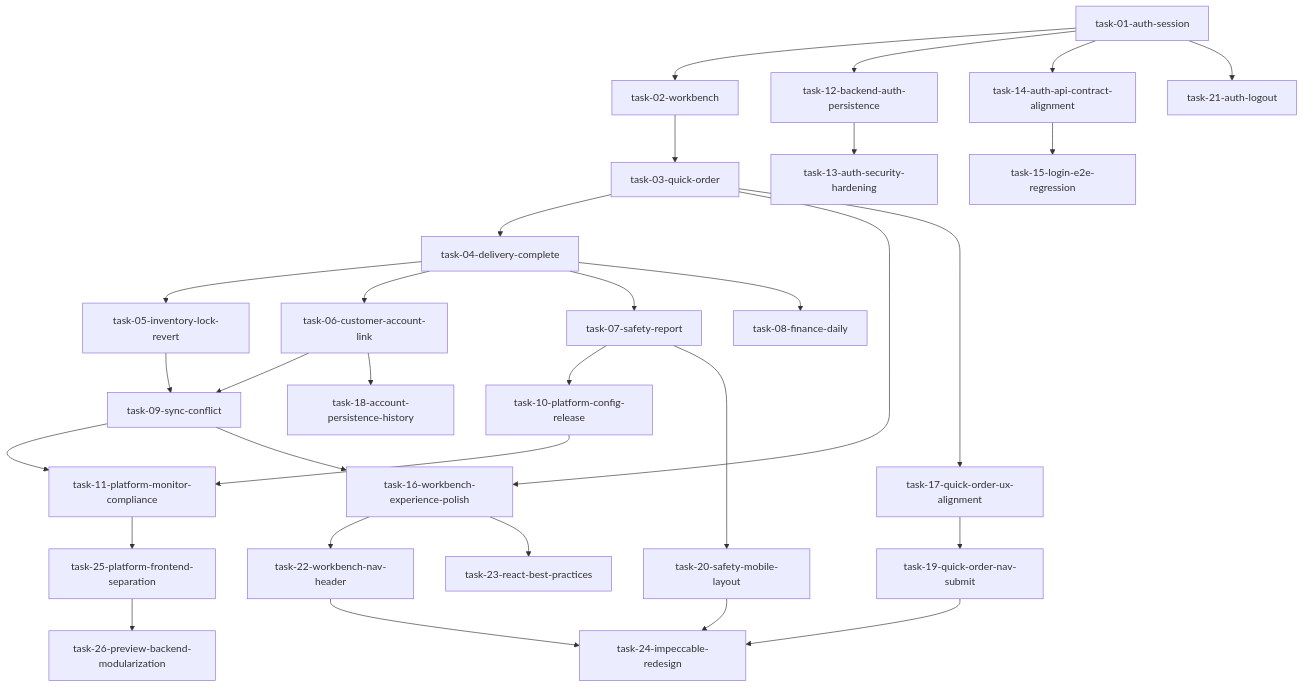
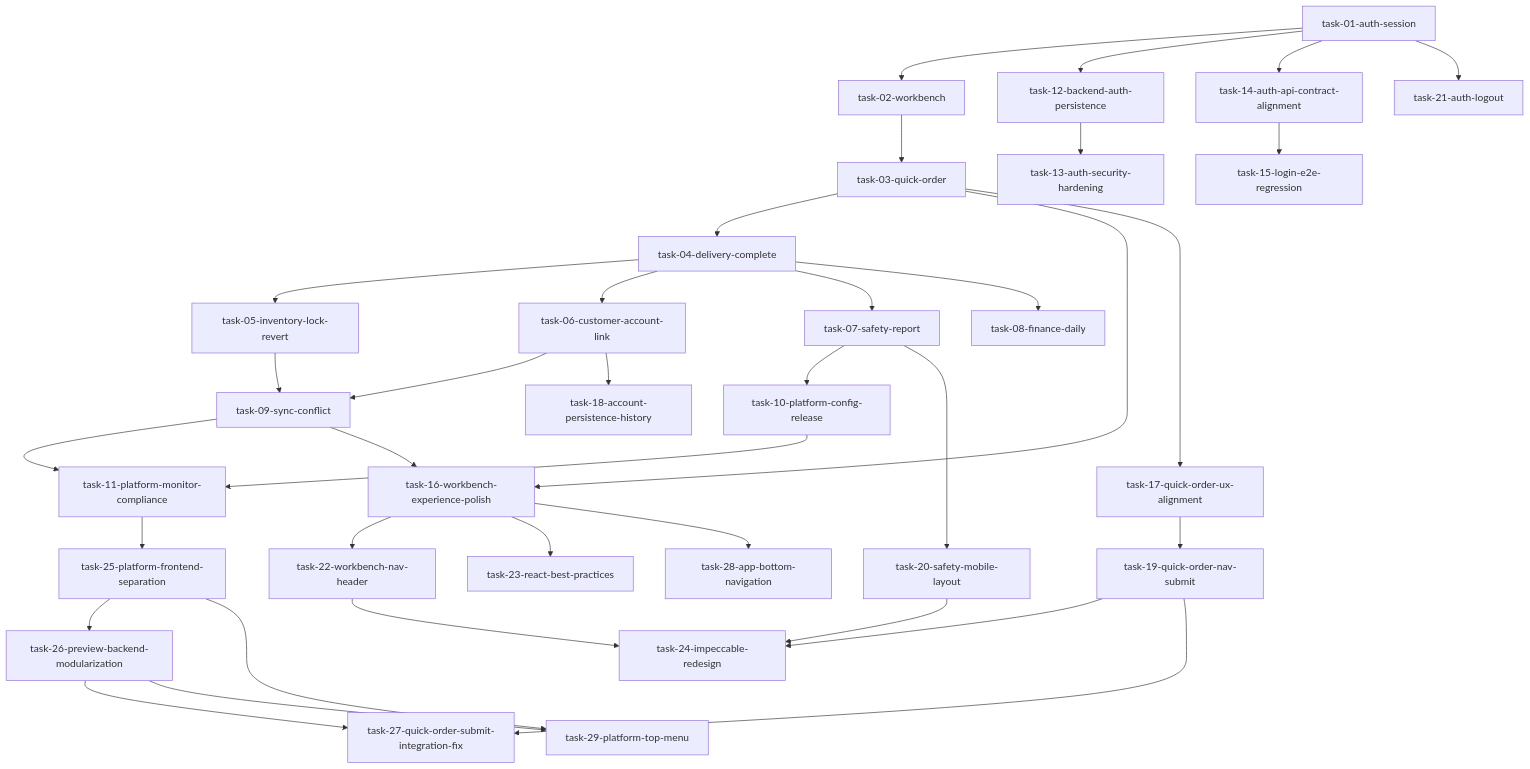
One commit to PojoZheng/lpg_gas_project changed the diagram in .trellis/tasks/feature-task-map.md. Above: the diagram before and after it, drawn with Mermaid. The commit also changed other lines of this file and 3 other files, not shown here.

First line of the commit message:
feat(tasks): add integration-fix and navigation closure tasks

````diff
--- a/.trellis/tasks/feature-task-map.md
+++ b/.trellis/tasks/feature-task-map.md
@@ -27,33 +30,38 @@
 ```mermaid
 flowchart TD
 t01[task-01-auth-session] --> t02[task-02-workbench]
 t02 --> t03[task-03-quick-order]
 t03 --> t04[task-04-delivery-complete]
 t04 --> t05[task-05-inventory-lock-revert]
 t04 --> t06[task-06-customer-account-link]
 t04 --> t07[task-07-safety-report]
 t04 --> t08[task-08-finance-daily]
 t05 --> t09[task-09-sync-conflict]
 t06 --> t09
 t07 --> t10[task-10-platform-config-release]
 t09 --> t11[task-11-platform-monitor-compliance]
 t10 --> t11
 t01 --> t12[task-12-backend-auth-persistence]
 t12 --> t13[task-13-auth-security-hardening]
 t01 --> t14[task-14-auth-api-contract-alignment]
 t14 --> t15[task-15-login-e2e-regression]
 t03 --> t16[task-16-workbench-experience-polish]
 t09 --> t16
 t03 --> t17[task-17-quick-order-ux-alignment]
 t06 --> t18[task-18-account-persistence-history]
 t17 --> t19[task-19-quick-order-nav-submit]
 t07 --> t20[task-20-safety-mobile-layout]
 t01 --> t21[task-21-auth-logout]
 t16 --> t22[task-22-workbench-nav-header]
 t16 --> t23[task-23-react-best-practices]
 t19 --> t24[task-24-impeccable-redesign]
 t20 --> t24
 t22 --> t24
 t11 --> t25[task-25-platform-frontend-separation]
 t25 --> t26[task-26-preview-backend-modularization]
+t19 --> t27[task-27-quick-order-submit-integration-fix]
+t26 --> t27
+t16 --> t28[task-28-app-bottom-navigation]
+t25 --> t29[task-29-platform-top-menu]
+t26 --> t29
 ```
````
